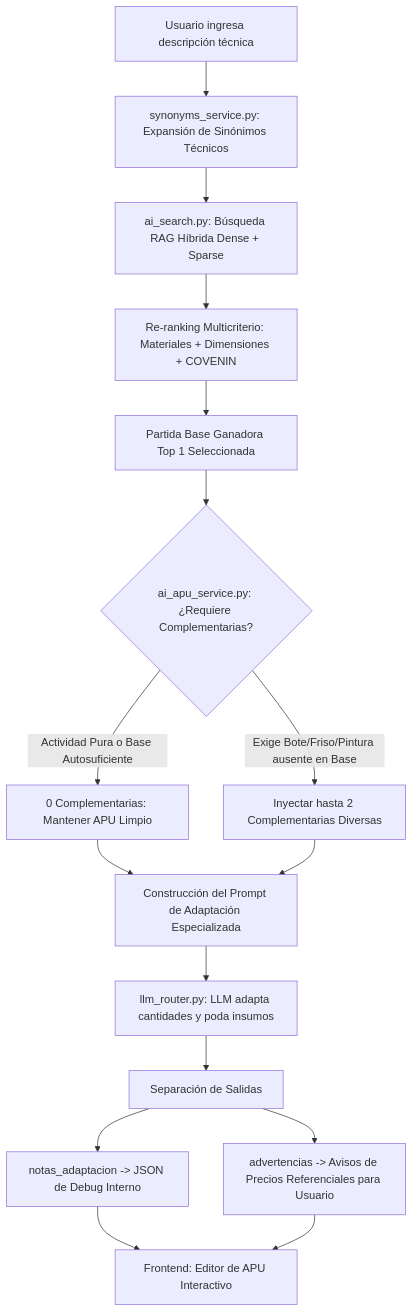
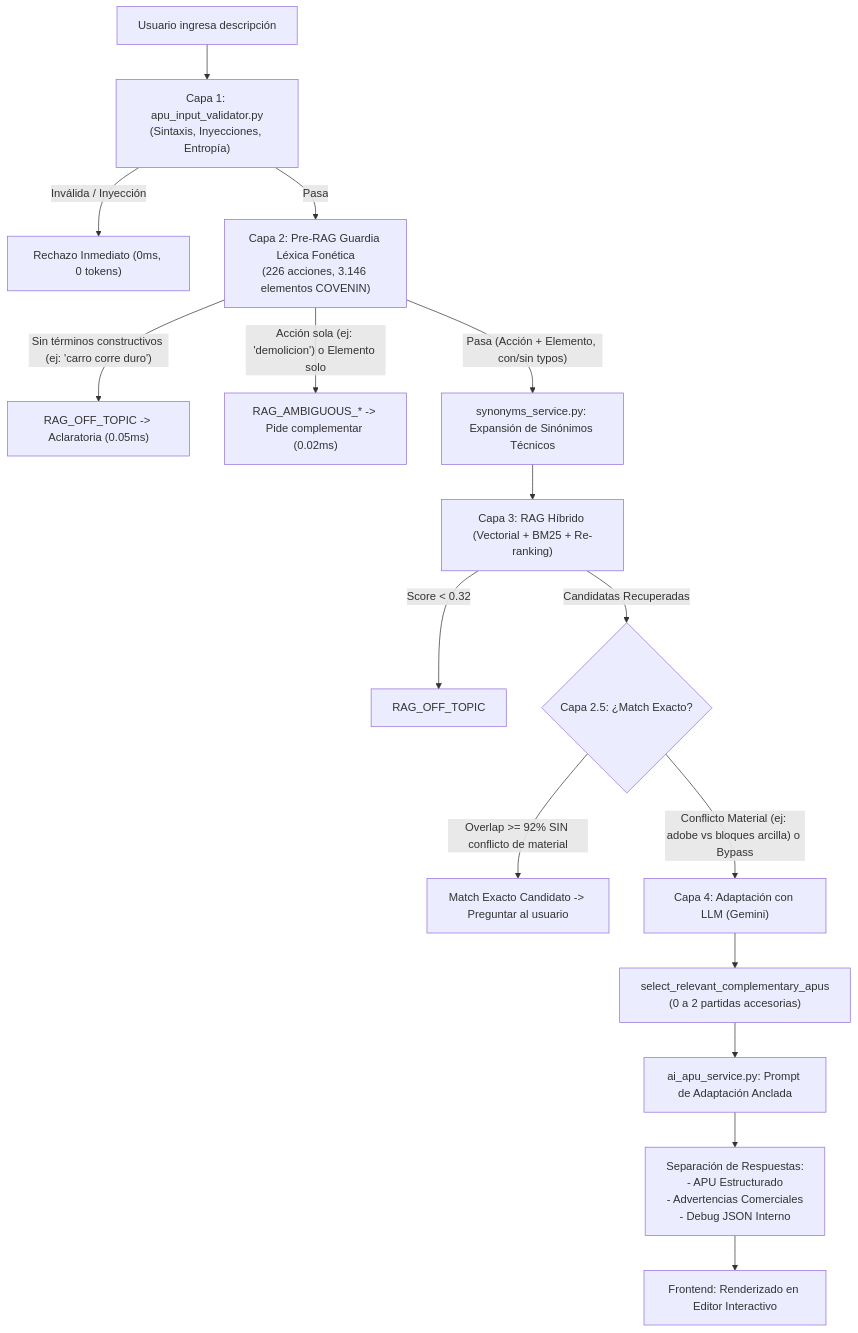
Before and after one commit to gynsys/apupro: the diagram in readme/ai_apu_generator.md, drawn with Mermaid. The commit also changed other lines of this file and 2 other files, not shown here.

````diff
--- a/readme/ai_apu_generator.md
+++ b/readme/ai_apu_generator.md
@@ -57,18 +75,22 @@
 ```mermaid
 flowchart TD
-    A[Usuario ingresa descripción técnica] --> B[synonyms_service.py: Expansión de Sinónimos Técnicos]
-    B --> C[ai_search.py: Búsqueda RAG Híbrida Dense + Sparse]
-    C --> D[Re-ranking Multicriterio: Materiales + Dimensiones + COVENIN]
-    D --> E[Partida Base Ganadora Top 1 Seleccionada]
-    E --> F{ai_apu_service.py: ¿Requiere Complementarias?}
-    F -- "Actividad Pura o Base Autosuficiente" --> G[0 Complementarias: Mantener APU Limpio]
-    F -- "Exige Bote/Friso/Pintura ausente en Base" --> H[Inyectar hasta 2 Complementarias Diversas]
-    G --> I[Construcción del Prompt de Adaptación Especializada]
-    H --> I
-    I --> J[llm_router.py: LLM adapta cantidades y poda insumos]
-    J --> K[Separación de Salidas]
-    K --> L[notas_adaptacion -> JSON de Debug Interno]
-    K --> M[advertencias -> Avisos de Precios Referenciales para Usuario]
-    L --> N[Frontend: Editor de APU Interactivo]
-    M --> N
+    A["Usuario ingresa descripción"] --> B["Capa 1: apu_input_validator.py\n(Sintaxis, Inyecciones, Entropía)"]
+    B -- "Inválida / Inyección" --> Z1["Rechazo Inmediato (0ms, 0 tokens)"]
+    B -- "Pasa" --> C["Capa 2: Pre-RAG Guardia Léxica Fonética\n(226 acciones, 3.146 elementos COVENIN)"]
+    
+    C -- "Sin términos constructivos (ej: 'carro corre duro')" --> Z2["RAG_OFF_TOPIC -> Aclaratoria (0.05ms)"]
+    C -- "Acción sola (ej: 'demolicion') o Elemento solo" --> Z3["RAG_AMBIGUOUS_* -> Pide complementar (0.02ms)"]
+    C -- "Pasa (Acción + Elemento, con/sin typos)" --> D["synonyms_service.py: Expansión de Sinónimos Técnicos"]
+    
+    D --> E["Capa 3: RAG Híbrido (Vectorial + BM25 + Re-ranking)"]
+    E -- "Score < 0.32" --> Z4["RAG_OFF_TOPIC"]
+    E -- "Candidatas Recuperadas" --> F{"Capa 2.5: ¿Match Exacto?"}
+    
+    F -- "Overlap >= 92% SIN conflicto de material" --> G["Match Exacto Candidato -> Preguntar al usuario"]
+    F -- "Conflicto Material (ej: adobe vs bloques arcilla) o Bypass" --> H["Capa 4: Adaptación con LLM (Gemini)"]
+    
+    H --> I["select_relevant_complementary_apus\n(0 a 2 partidas accesorias)"]
+    I --> J["ai_apu_service.py: Prompt de Adaptación Anclada"]
+    J --> K["Separación de Respuestas:\n- APU Estructurado\n- Advertencias Comerciales\n- Debug JSON Interno"]
+    K --> L["Frontend: Renderizado en Editor Interactivo"]
 ```
````
